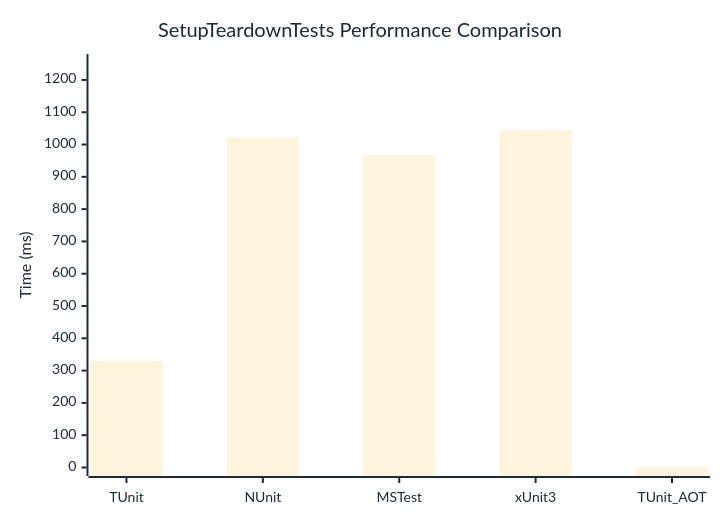
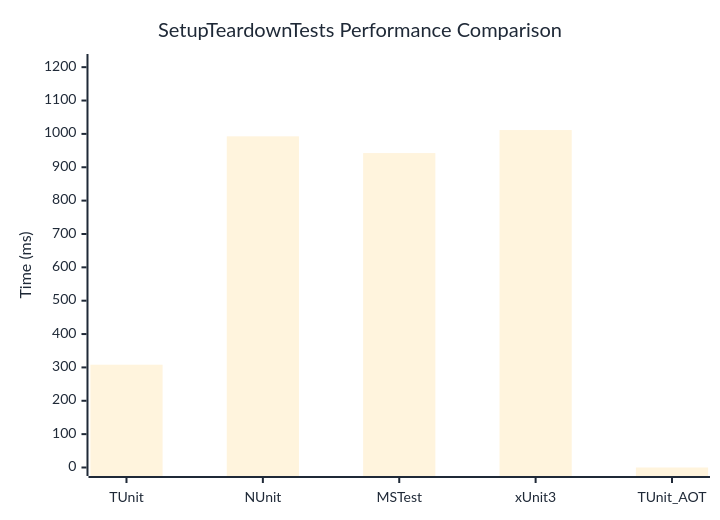
The diagram in docs/docs/benchmarks/engine/SetupTeardownTests.md (thomhurst/TUnit), drawn with Mermaid before and after one commit. The commit also changed other lines of this file and 17 other files, not shown here.

````diff
--- a/docs/docs/benchmarks/engine/SetupTeardownTests.md
+++ b/docs/docs/benchmarks/engine/SetupTeardownTests.md
@@ -29,37 +29,37 @@
 ```mermaid
 %%{init: {
   'theme':'base',
   'themeVariables': {
     'primaryColor': '#2563eb',
     'primaryTextColor': '#1f2937',
     'primaryBorderColor': '#1e40af',
     'lineColor': '#6b7280',
     'secondaryColor': '#7c3aed',
     'tertiaryColor': '#dc2626',
     'background': '#ffffff',
     'mainBkg': '#2563eb',
     'secondBkg': '#7c3aed',
     'tertiaryBkg': '#dc2626',
     'clusterBkg': '#f3f4f6',
     'edgeLabelBackground': '#ffffff',
     'tertiaryTextColor': '#1f2937',
     'pie1': '#2563eb',
     'pie2': '#7c3aed',
     'pie3': '#dc2626',
     'pie4': '#f59e0b',
     'pie5': '#10b981',
     'pie6': '#06b6d4',
     'pie7': '#ec4899',
     'pie8': '#6366f1',
     'pie9': '#84cc16',
     'pie10': '#f97316',
     'pie11': '#14b8a6',
     'pie12': '#a855f7'
   }
 }}%%
 xychart-beta
   title "SetupTeardownTests Performance Comparison"
   x-axis ["TUnit", "NUnit", "MSTest", "xUnit3", "TUnit_AOT"]
-  y-axis "Time (ms)" 0 --> 1254
-  bar [329.5, 1021.7, 966.2, 1044.6, 0]
+  y-axis "Time (ms)" 0 --> 1214
+  bar [308.1, 992.7, 942.5, 1011.5, 0]
 ```
````
